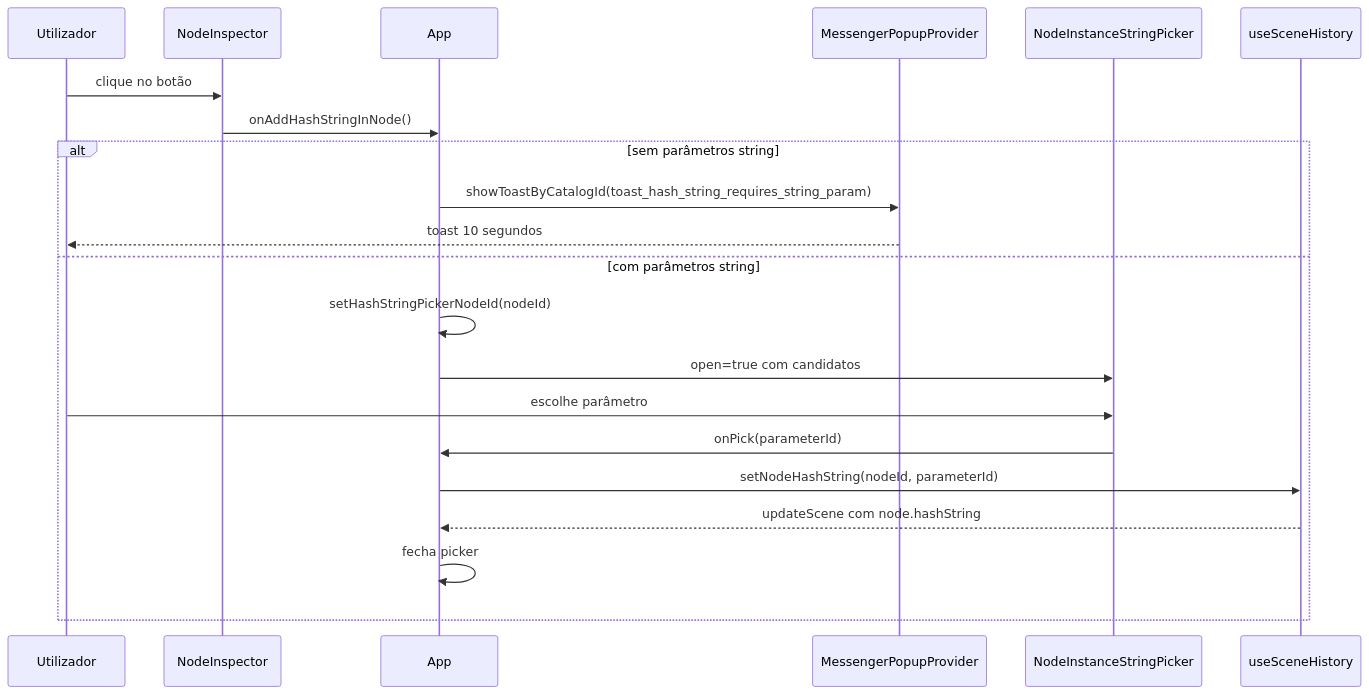
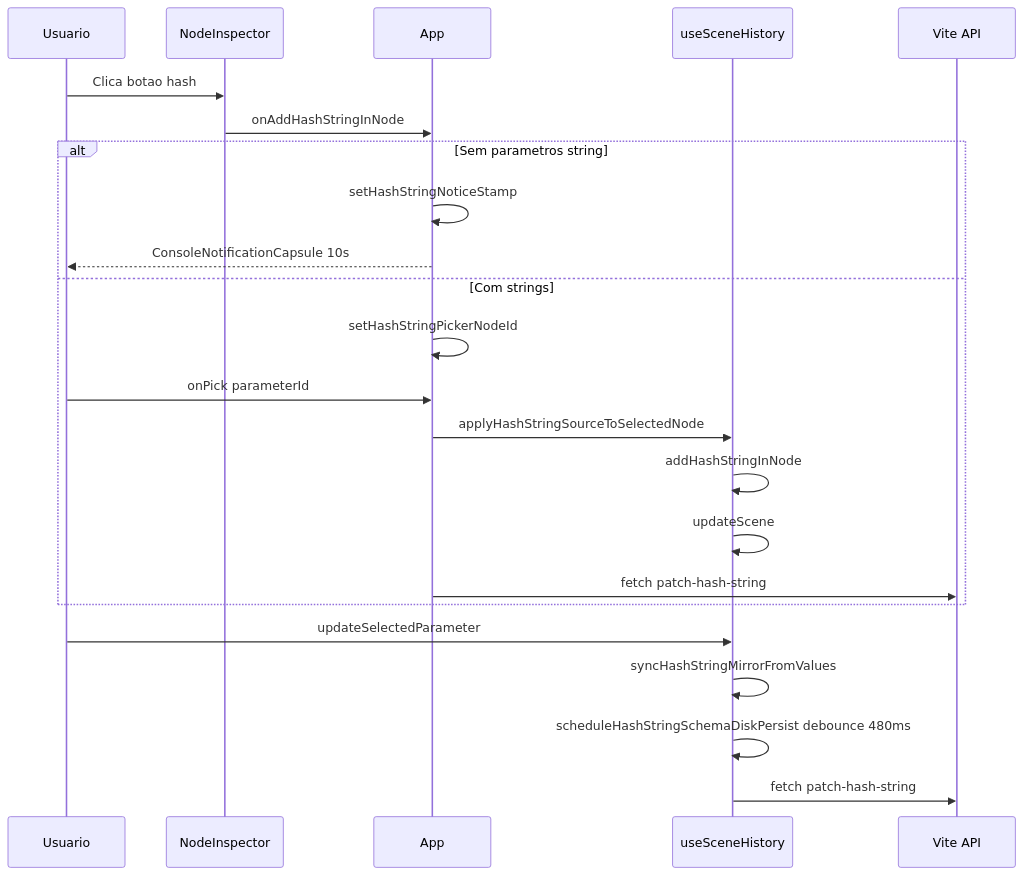
The second of 2 diagrams in feature_md/feat/inspector-hash-string.md (JunioCesar96/Node-Graphs-League-of-Legends), drawn with Mermaid before and after one commit. The commit also changed other lines of this file and 13 other files, not shown here.

First line of the commit message:
feat(inspector): hashString com persistencia em nodeStructures

````diff
--- a/feature_md/feat/inspector-hash-string.md
+++ b/feature_md/feat/inspector-hash-string.md
@@ -45,24 +58,26 @@
 ```mermaid
 sequenceDiagram
-  participant U as Utilizador
-  participant NI as NodeInspector
+  participant U as Usuario
+  participant I as NodeInspector
   participant A as App
-  participant MP as MessengerPopupProvider
-  participant P as NodeInstanceStringPicker
   participant H as useSceneHistory
+  participant V as Vite API
 
-  U->>NI: clique no botão #
-  NI->>A: onAddHashStringInNode()
-  alt sem parâmetros string
-    A->>MP: showToastByCatalogId(toast_hash_string_requires_string_param)
-    MP-->>U: toast 10 segundos
-  else com parâmetros string
-    A->>A: setHashStringPickerNodeId(nodeId)
-    A->>P: open=true com candidatos
-    U->>P: escolhe parâmetro
-    P->>A: onPick(parameterId)
-    A->>H: setNodeHashString(nodeId, parameterId)
-    H-->>A: updateScene com node.hashString
-    A->>A: fecha picker
+  U->>I: Clica botao hash
+  I->>A: onAddHashStringInNode
+  alt Sem parametros string
+    A->>A: setHashStringNoticeStamp
+    A-->>U: ConsoleNotificationCapsule 10s
+  else Com strings
+    A->>A: setHashStringPickerNodeId
+    U->>A: onPick parameterId
+    A->>H: applyHashStringSourceToSelectedNode
+    H->>H: addHashStringInNode
+    H->>H: updateScene
+    A->>V: fetch patch-hash-string
   end
+  U->>H: updateSelectedParameter
+  H->>H: syncHashStringMirrorFromValues
+  H->>H: scheduleHashStringSchemaDiskPersist debounce 480ms
+  H->>V: fetch patch-hash-string
 ```
````
